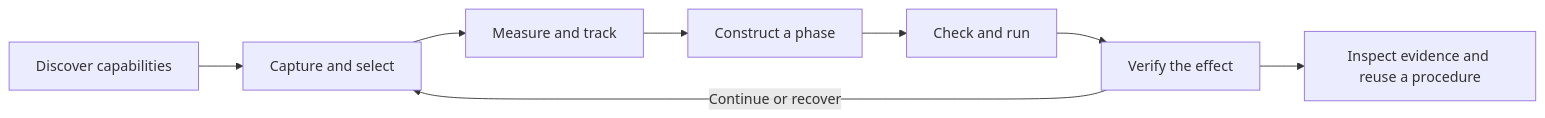
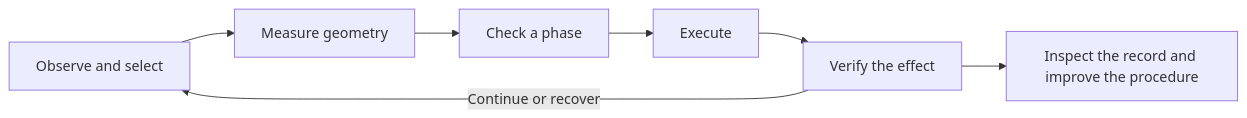
Before and after one commit to anyact-ai/world-use: the diagram in docs/agent-tools-design.md, drawn with Mermaid. The commit also changed other lines of this file and 4 other files, not shown here.

````diff
--- a/docs/agent-tools-design.md
+++ b/docs/agent-tools-design.md
@@ -44,10 +11,9 @@
 ```mermaid
 flowchart LR
-    A[Discover capabilities] --> B[Capture and select]
-    B --> C[Measure and track]
-    C --> D[Construct a phase]
-    D --> E[Check and run]
-    E --> F[Verify the effect]
-    F -->|Continue or recover| B
-    F --> G[Inspect evidence and reuse a procedure]
+    A[Observe and select] --> B[Measure geometry]
+    B --> C[Check a phase]
+    C --> D[Execute]
+    D --> E[Verify the effect]
+    E -->|Continue or recover| A
+    E --> F[Inspect the record and improve the procedure]
 ```
````
